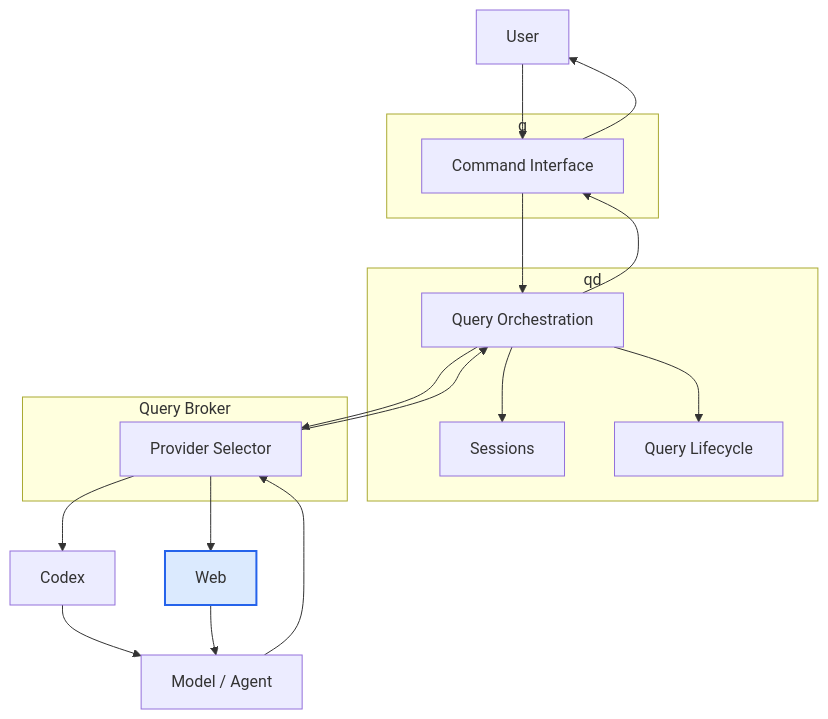
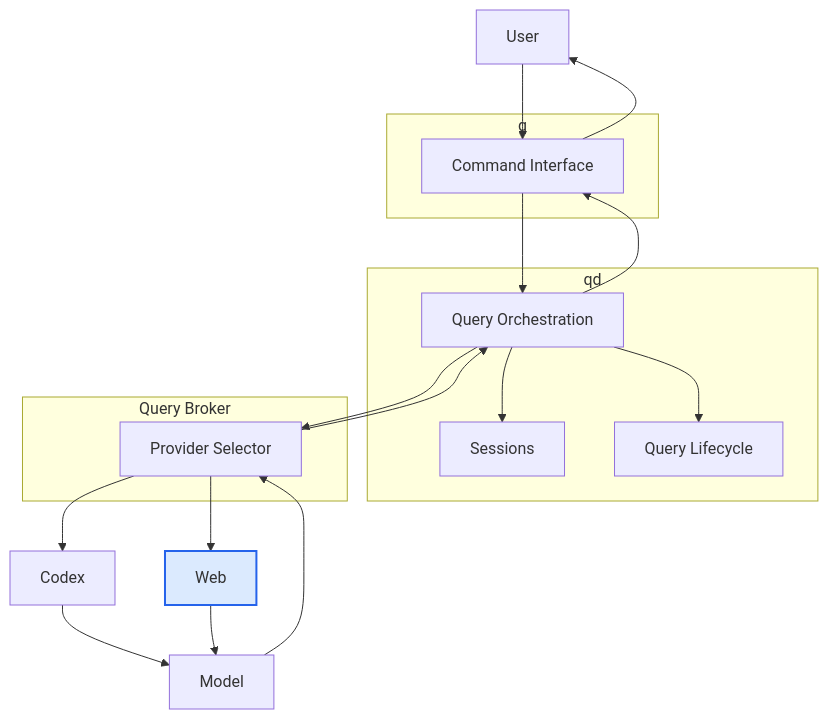
The diagram in README.md (bmbernie/chatgpt-web-provider), drawn with Mermaid before and after one commit.

Commit message:
Use canonical model node in architecture

````diff
--- a/README.md
+++ b/README.md
@@ -9,43 +9,43 @@
 ```mermaid
 flowchart TD
     U[User]
 
     subgraph CLIENT["q"]
         CLI[Command Interface]
     end
 
     subgraph DAEMON["qd"]
         ORCH[Query Orchestration]
         SESS[Sessions]
         LIFE[Query Lifecycle]
     end
 
     subgraph BROKER["Query Broker"]
         ROUTE[Provider Selector]
     end
 
     CODEX[Codex]
     WEB[Web]
-    AGENT[Model / Agent]
+    MODEL[Model]
 
     U --> CLI
     CLI --> ORCH
 
     ORCH --> SESS
     ORCH --> LIFE
     ORCH --> ROUTE
 
     ROUTE --> CODEX
     ROUTE --> WEB
 
-    CODEX --> AGENT
-    WEB --> AGENT
+    CODEX --> MODEL
+    WEB --> MODEL
 
-    AGENT --> ROUTE
+    MODEL --> ROUTE
     ROUTE --> ORCH
     ORCH --> CLI
     CLI --> U
 
     classDef focus fill:#dbeafe,stroke:#2563eb,stroke-width:2px;
     class WEB focus;
 ```
````
